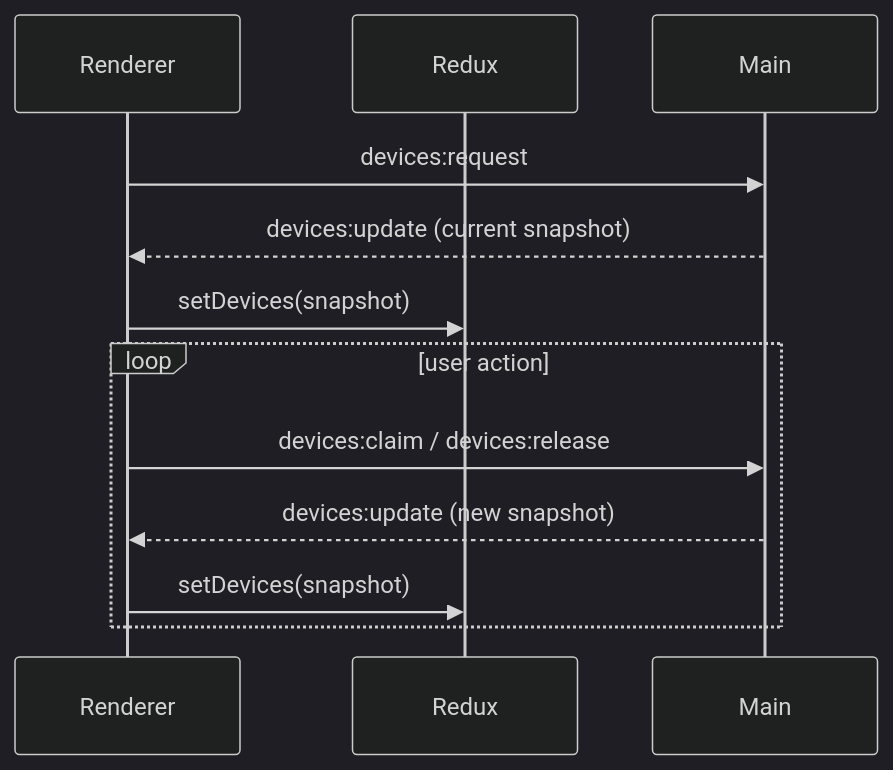
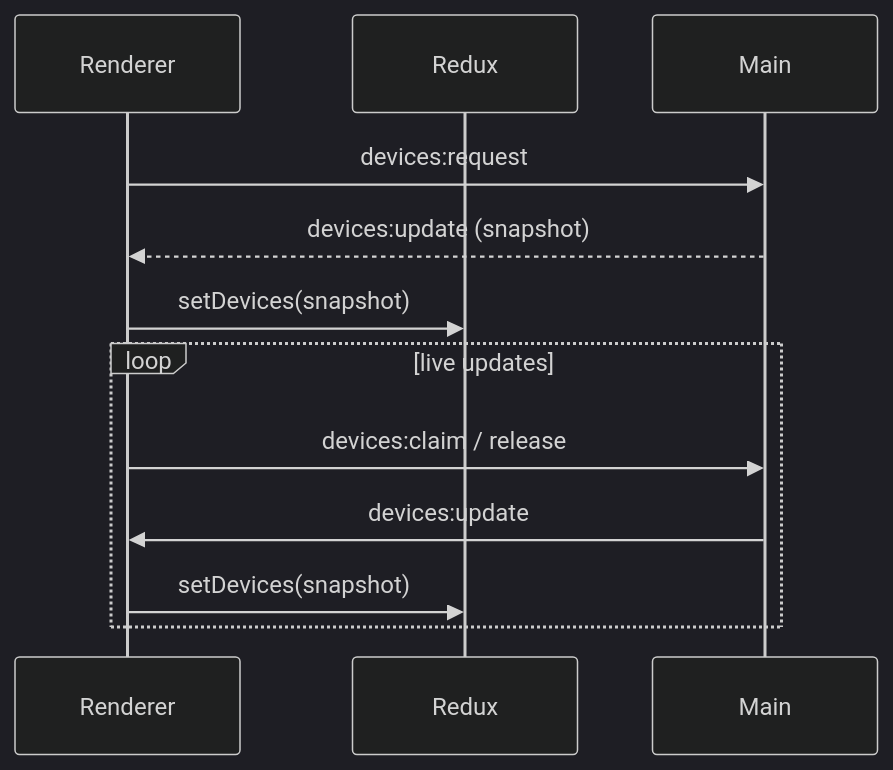
One commit to BlueStarVN101/Electron_Project_Core changed the diagram in README.md. Above: the diagram before and after it, drawn with Mermaid (dark theme). The commit also changed other lines of this file and 1 other file, not shown here.

````diff
--- a/README.md
+++ b/README.md
@@ -40,15 +70,15 @@
 ```mermaid
 sequenceDiagram
     participant Renderer
     participant Redux
     participant Main
 
     Renderer->>Main: devices:request
-    Main-->>Renderer: devices:update (current snapshot)
+    Main-->>Renderer: devices:update (snapshot)
     Renderer->>Redux: setDevices(snapshot)
-    loop user action
-        Renderer->>Main: devices:claim / devices:release
-        Main-->>Renderer: devices:update (new snapshot)
+    loop live updates
+        Renderer->>Main: devices:claim / release
+        Main->>Renderer: devices:update
         Renderer->>Redux: setDevices(snapshot)
     end
 ```
````
